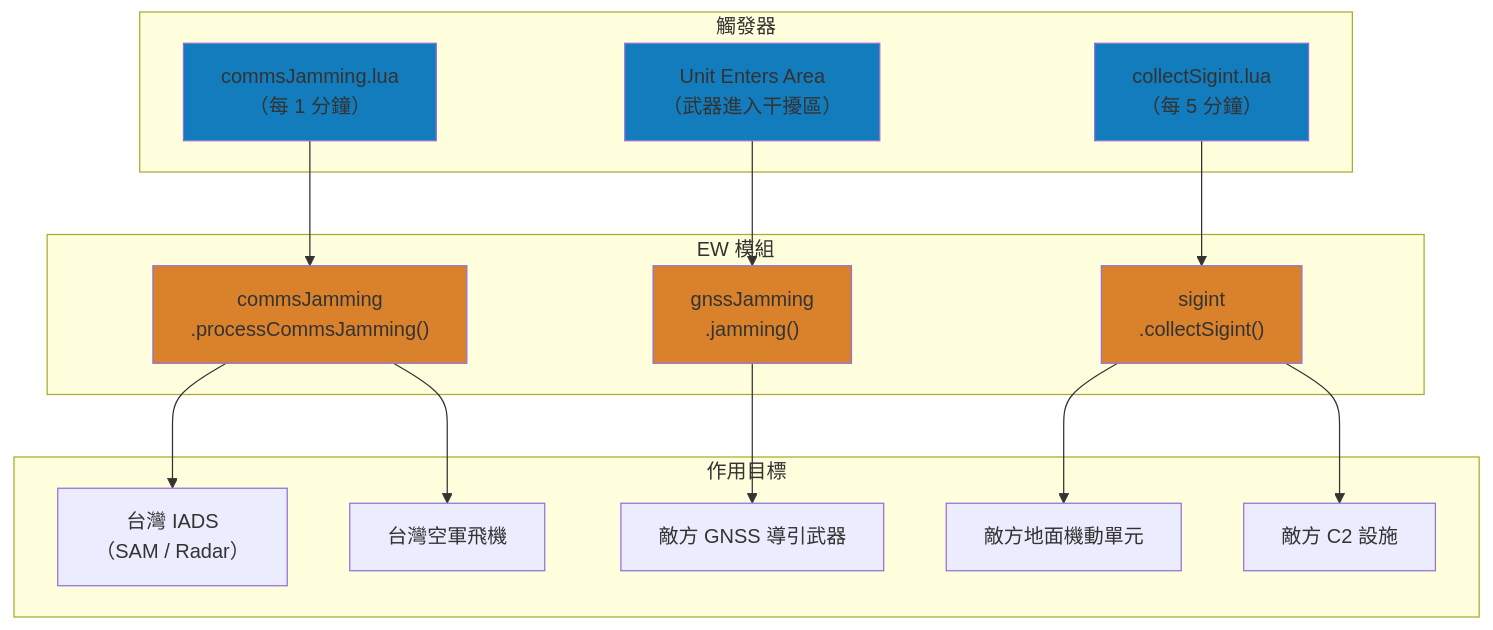
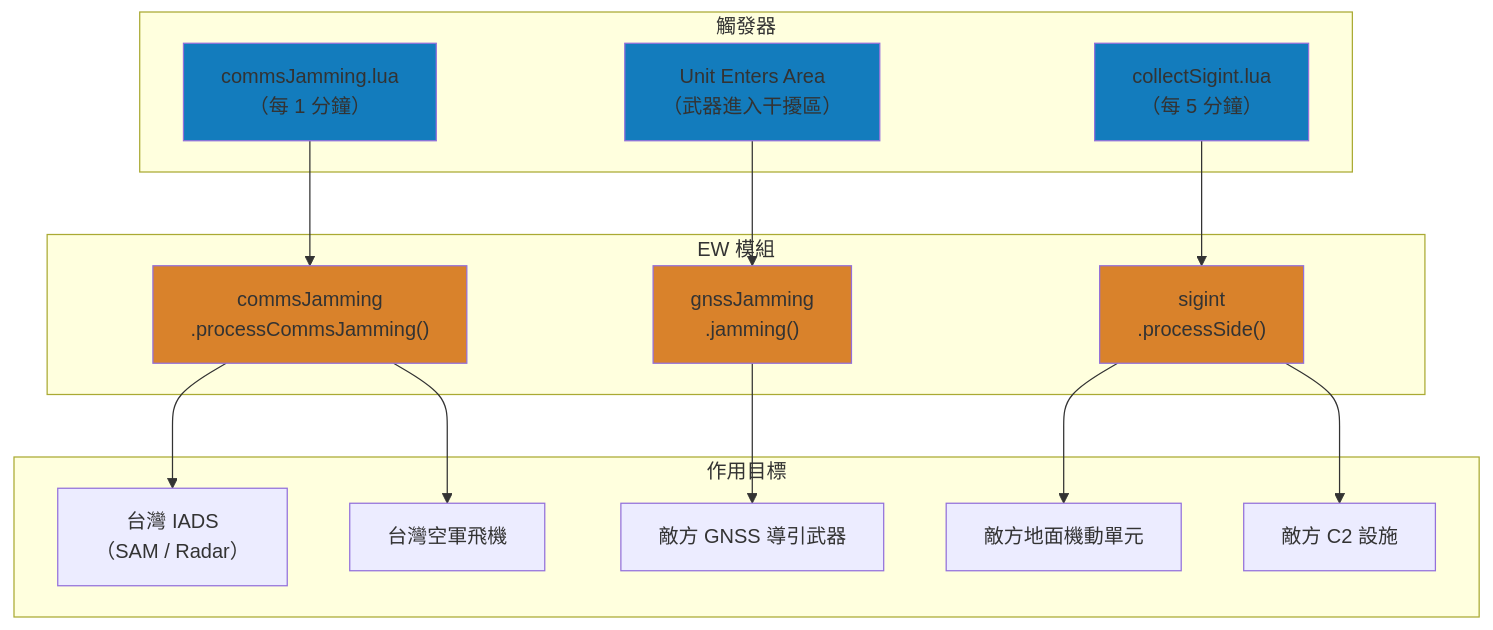
One commit to pullupjumper/formosa-in-flames changed the first of 3 diagrams in docs/ew/README.md. Above: the diagram before and after it, drawn with Mermaid. The commit also changed 58 other files, not shown here.

````diff
--- a/docs/ew/README.md
+++ b/docs/ew/README.md
@@ -39,39 +39,39 @@
 ```mermaid
 flowchart TB
     subgraph 觸發器
         T1["commsJamming.lua<br>（每 1 分鐘）"]
         T2["Unit Enters Area<br>（武器進入干擾區）"]
         T3["collectSigint.lua<br>（每 5 分鐘）"]
     end
 
     subgraph EW 模組
         CJ["commsJamming<br>.processCommsJamming()"]
         GJ["gnssJamming<br>.jamming()"]
-        SI["sigint<br>.collectSigint()"]
+        SI["sigint<br>.processSide()"]
     end
 
     subgraph 作用目標
         IADS["台灣 IADS<br>（SAM / Radar）"]
         AC["台灣空軍飛機"]
         WPN["敵方 GNSS 導引武器"]
         GND["敵方地面機動單元"]
         C2["敵方 C2 設施"]
     end
 
     T1 --> CJ
     T2 --> GJ
     T3 --> SI
 
     CJ --> IADS
     CJ --> AC
     GJ --> WPN
     SI --> GND
     SI --> C2
 
     style T1 fill:#137cbd
     style T2 fill:#137cbd
     style T3 fill:#137cbd
     style CJ fill:#d9822b
     style GJ fill:#d9822b
     style SI fill:#d9822b
 ```
````
